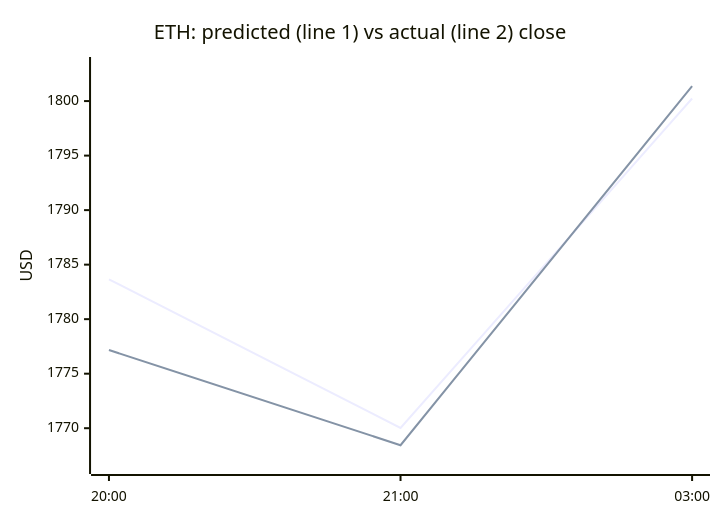
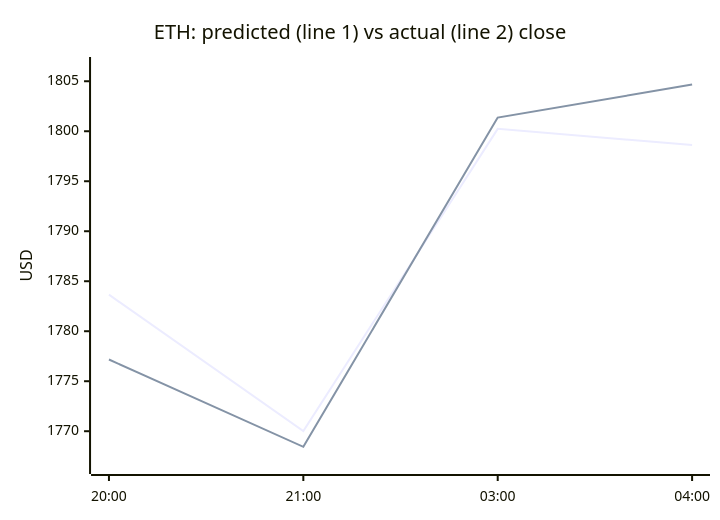
Before and after one commit to samuelkreitl-wq/crypto-hourly-forecaster: the second of 4 diagrams in README.md, drawn with Mermaid. The commit also changed other lines of this file and 14 other files, not shown here.

````diff
--- a/README.md
+++ b/README.md
@@ -47,8 +47,8 @@
 ```mermaid
 xychart-beta
     title "ETH: predicted (line 1) vs actual (line 2) close"
-    x-axis ["20:00", "21:00", "03:00"]
-    y-axis "USD" 1766.6716 --> 1803.1714
-    line [1783.6536, 1770.0216, 1800.2369]
-    line [1777.1700, 1768.4400, 1801.3700]
+    x-axis ["20:00", "21:00", "03:00", "04:00"]
+    y-axis "USD" 1766.6716 --> 1806.4747
+    line [1783.6536, 1770.0216, 1800.2369, 1798.6210]
+    line [1777.1700, 1768.4400, 1801.3700, 1804.6700]
 ```
````
